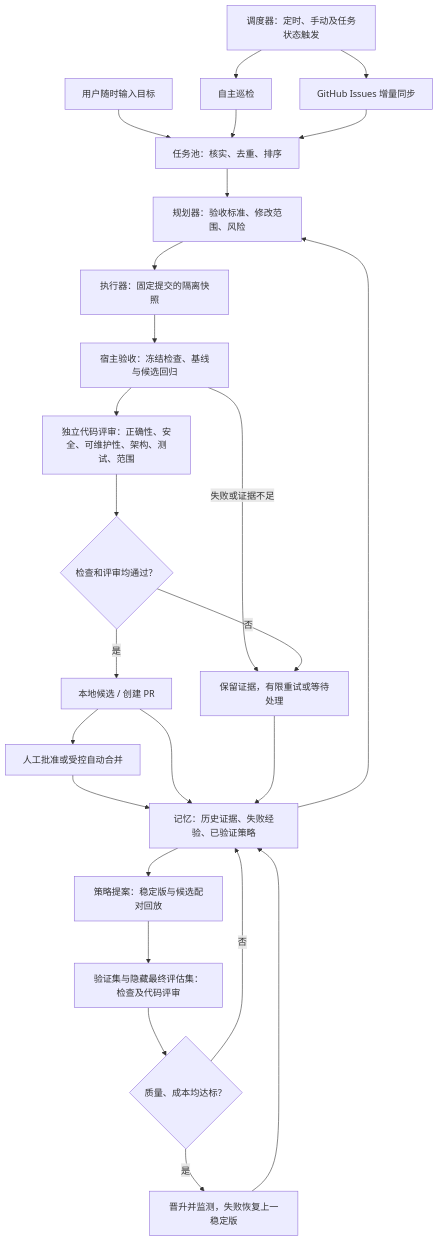
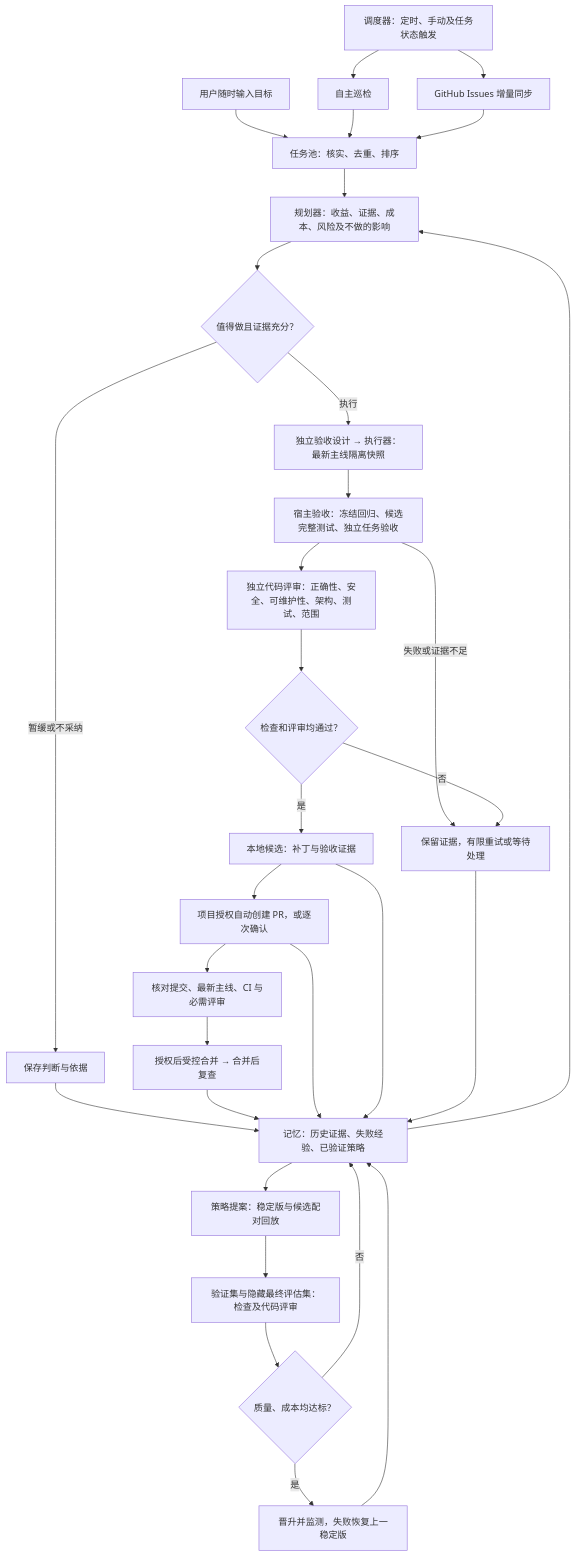
One commit to Haoog/Adaptive-RSI changed the diagram in README.md. Above: the diagram before and after it, drawn with Mermaid. The commit also changed other lines of this file and 53 other files, not shown here.

````diff
--- a/README.md
+++ b/README.md
@@ -11,27 +11,33 @@
 ```mermaid
 flowchart TD
     S[调度器：定时、手动及任务状态触发] --> I[自主巡检]
     S --> G[GitHub Issues 增量同步]
     U[用户随时输入目标] --> Q[任务池：核实、去重、排序]
     I --> Q
     G --> Q
-    M[记忆：历史证据、失败经验、已验证策略] --> P[规划器：验收标准、修改范围、风险]
+    M[记忆：历史证据、失败经验、已验证策略] --> P[规划器：收益、证据、成本、风险及不做的影响]
     Q --> P
-    P --> W[执行器：固定提交的隔离快照]
-    W --> T[宿主验收：冻结检查、基线与候选回归]
+    P --> B{值得做且证据充分？}
+    B -->|执行| W[独立验收设计 → 执行器：最新主线隔离快照]
+    B -->|暂缓或不采纳| Z[保存判断与依据]
+    Z --> M
+    W --> T[宿主验收：冻结回归、候选完整测试、独立任务验收]
     T --> R[独立代码评审：正确性、安全、可维护性、架构、测试、范围]
     R --> D{检查和评审均通过？}
-    D -->|是| C[本地候选 / 创建 PR]
-    C --> A[人工批准或受控自动合并]
+    D -->|是| C[本地候选：补丁与验收证据]
+    C --> A[项目授权自动创建 PR，或逐次确认]
+    A --> J[核对提交、最新主线、CI 与必需评审]
+    J --> K[授权后受控合并 → 合并后复查]
+    K --> M
     T -->|失败或证据不足| F[保留证据，有限重试或等待处理]
     D -->|否| F
     A --> M
     C --> M
     F --> M
     M --> E[策略提案：稳定版与候选配对回放]
     E --> V[验证集与隐藏最终评估集：检查及代码评审]
     V --> H{质量、成本均达标？}
     H -->|是| N[晋升并监测，失败恢复上一稳定版]
     H -->|否| M
     N --> M
 ```
````
